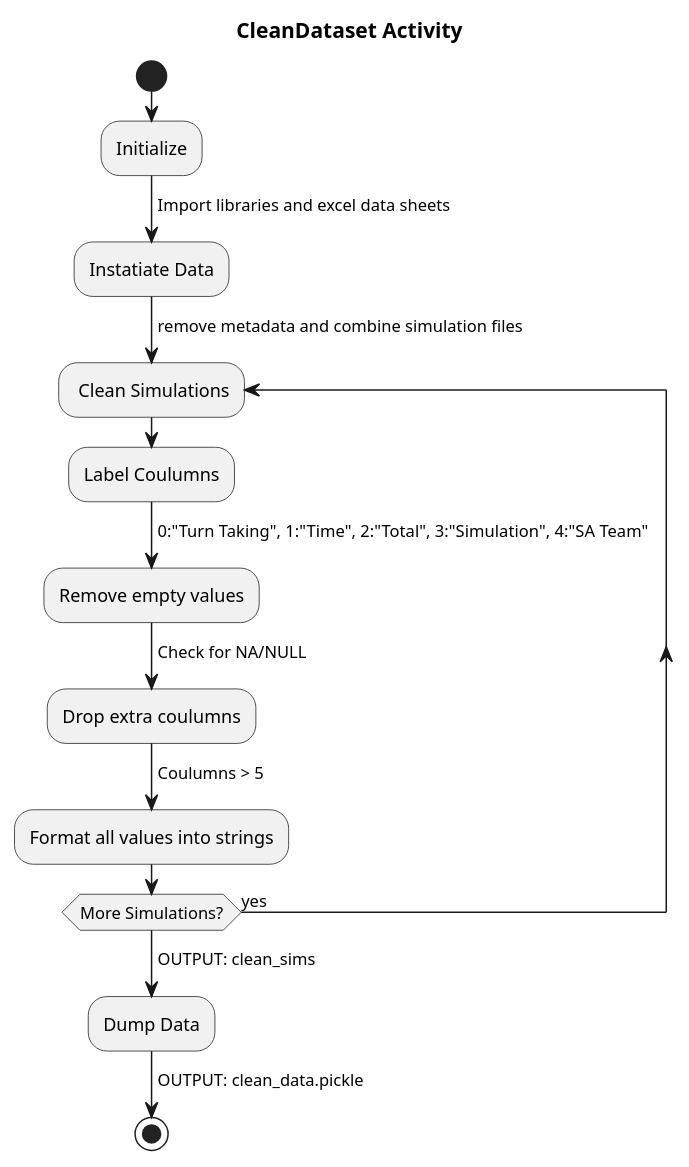
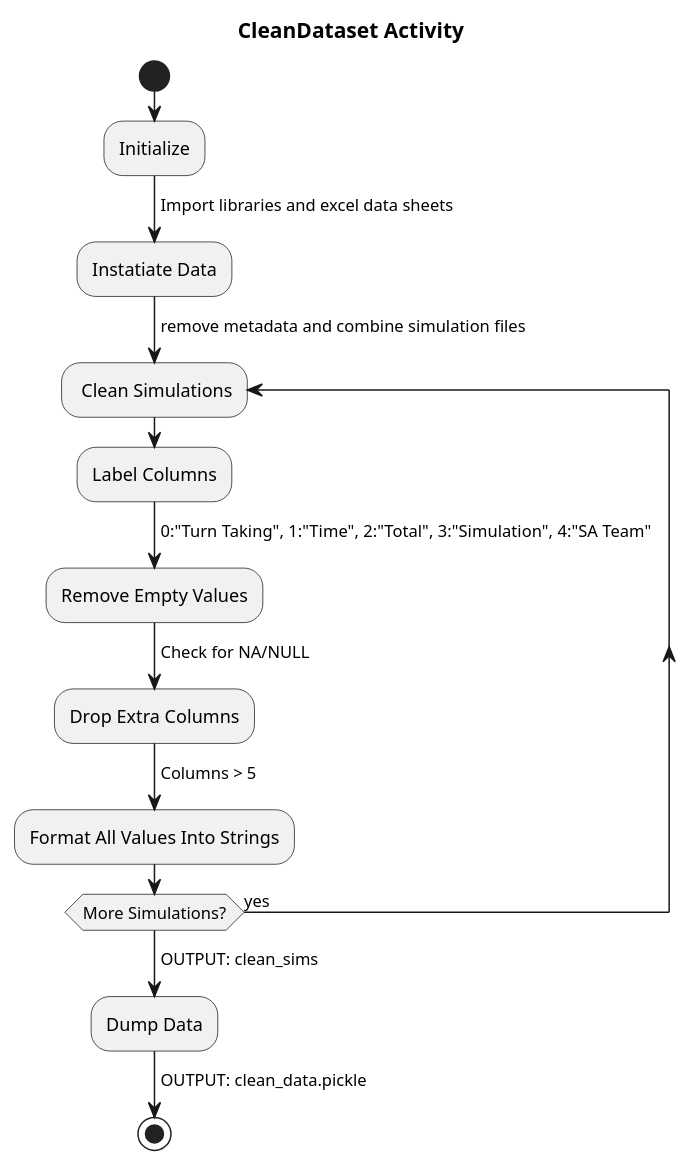
The diagram in Code/diagrams/CleanDatasetActivity.wsd (benjobean123/Thesis), drawn with PlantUML before and after one commit. The commit also changed 7 other files, not shown here.

Commit message:
corrected typos in diagrams

```diff
--- a/Code/diagrams/CleanDatasetActivity.wsd
+++ b/Code/diagrams/CleanDatasetActivity.wsd
@@ -1,26 +1,26 @@
 @startuml CleanDataset Activity
 
 title CleanDataset Activity
 start
 :Initialize;
 -> Import libraries and excel data sheets;
 :Instatiate Data;
 -> remove metadata and combine simulation files;
 
 repeat: Clean Simulations;
-    :Label Coulumns;
+    :Label Columns;
     -> 0:"Turn Taking", 1:"Time", 2:"Total", 3:"Simulation", 4:"SA Team";
-    :Remove empty values;
+    :Remove Empty Values;
     -> Check for NA/NULL;
-    :Drop extra coulumns;
-    -> Coulumns > 5;
-    :Format all values into strings;
+    :Drop Extra Columns;
+    -> Columns > 5;
+    :Format All Values Into Strings;
 
 repeat while (More Simulations?) is (yes)
 -> OUTPUT: clean_sims;
 :Dump Data;
 -> OUTPUT: clean_data.pickle;
 
 
 stop
 @enduml
```
